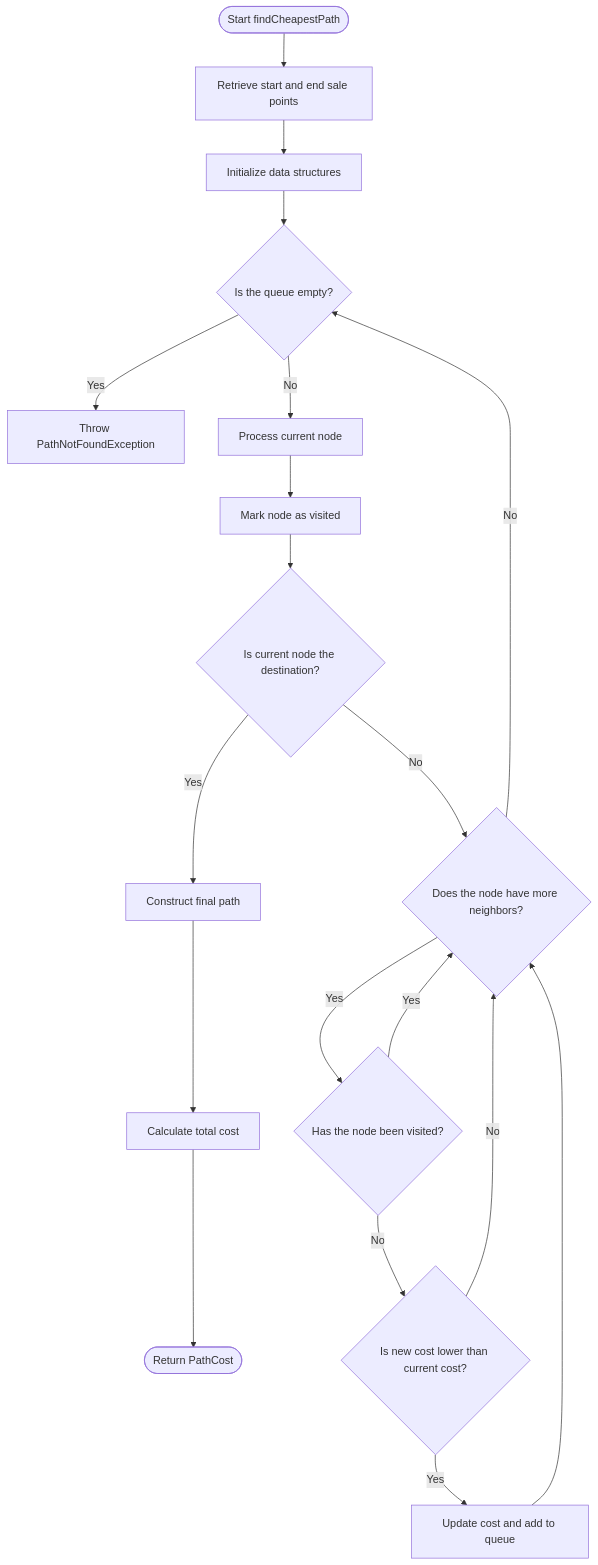
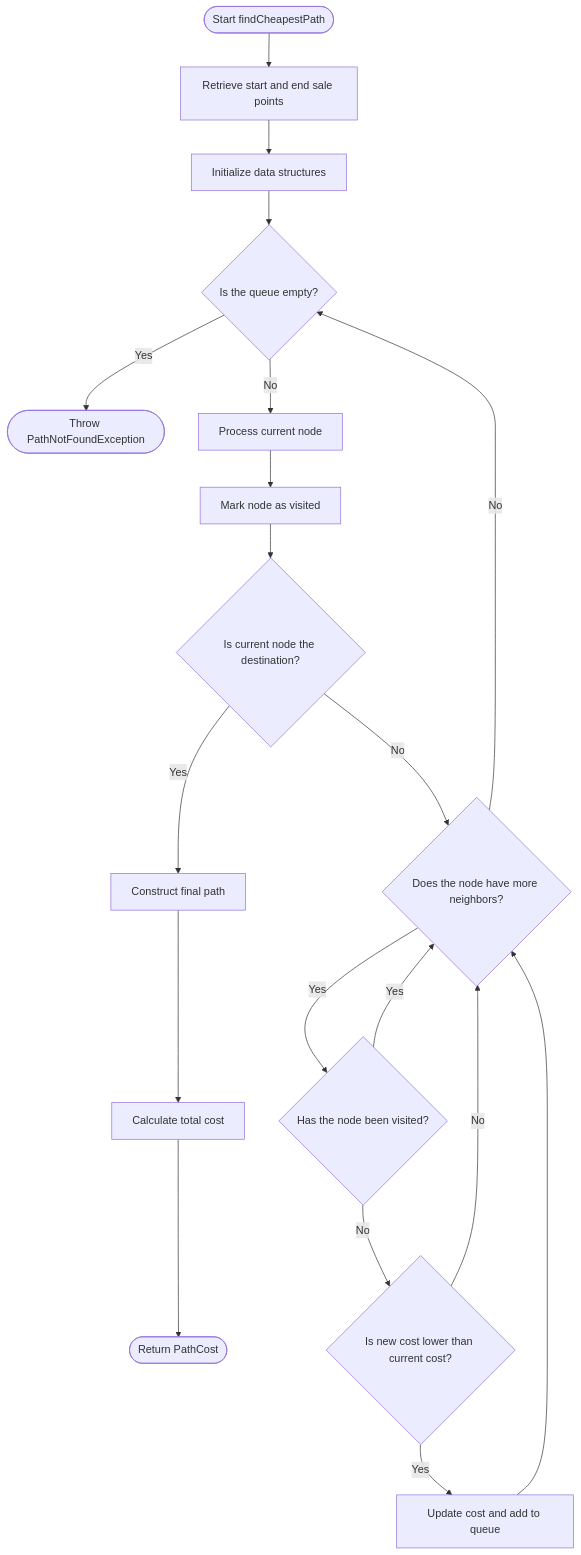
The third of 3 diagrams in README.md (nekusu/java-challenge-2025), drawn with Mermaid before and after one commit. The commit also changed other lines of this file, not shown here.

````diff
--- a/README.md
+++ b/README.md
@@ -93,22 +119,22 @@
 ```mermaid
 flowchart TD
     Start(["Start findCheapestPath"])
     Start --> GetStartEndPoints["Retrieve start and end sale points"]
     GetStartEndPoints --> Initialize["Initialize data structures"]
     Initialize --> CheckQueue{"Is the queue empty?"}
-    CheckQueue -->|Yes| ThrowException["Throw PathNotFoundException"]
+    CheckQueue -->|Yes| ThrowException(["Throw PathNotFoundException"])
     CheckQueue -->|No| ProcessNode["Process current node"]
     ProcessNode --> MarkVisited["Mark node as visited"]
     MarkVisited --> IsDestination{"Is current node the destination?"}
     IsDestination -->|Yes| ConstructPath["Construct final path"]
     ConstructPath --> CalculateTotalCost["Calculate total cost"]
     CalculateTotalCost --> ReturnPath(["Return PathCost"])
     IsDestination -->|No| CheckNeighbors{"Does the node have more neighbors?"}
     CheckNeighbors -->|Yes| IsVisited{"Has the node been visited?"}
     CheckNeighbors -->|No| CheckQueue
     IsVisited -->|Yes| CheckNeighbors
     IsVisited -->|No| UpdateCost{"Is new cost lower than current cost?"}
     UpdateCost -->|Yes| UpdateData["Update cost and add to queue"]
     UpdateCost -->|No| CheckNeighbors
     UpdateData --> CheckNeighbors
 ```
````
